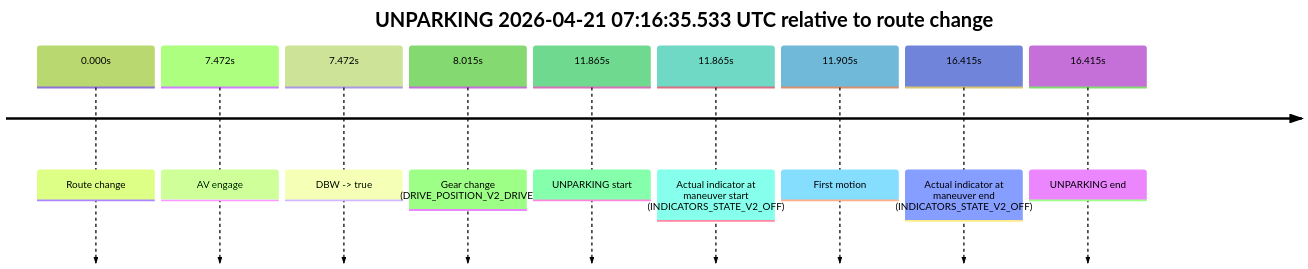
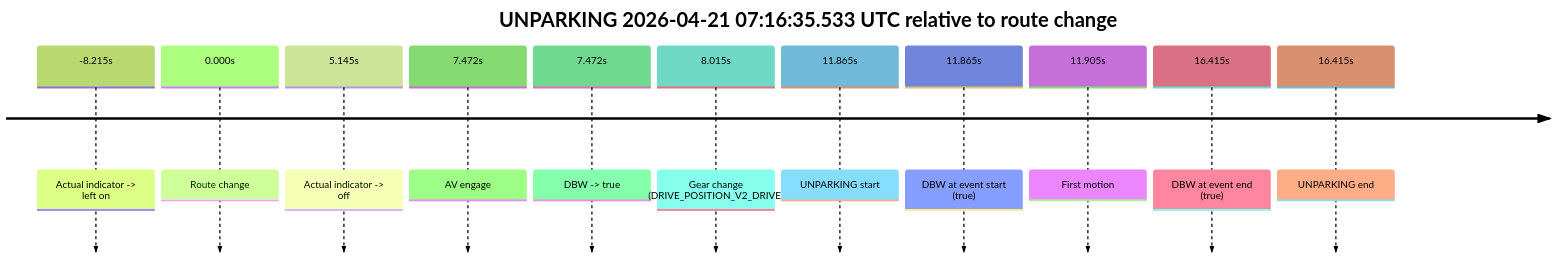
One commit to yoelshapiro/vault changed the diagram in model_analysis/report_cards/2026/04/Week-4/fme20002--2026-04-21--06-49-51--gen2-av-e640cf9d-119f-46f6-9a8f-f976f8e80979.md. Above: the diagram before and after it, drawn with Mermaid (forest theme). The commit also changed other lines of this file and 85 other files, not shown here.

````diff
--- a/model_analysis/report_cards/2026/04/Week-4/fme20002--2026-04-21--06-49-51--gen2-av-e640cf9d-119f-46f6-9a8f-f976f8e80979.md
+++ b/model_analysis/report_cards/2026/04/Week-4/fme20002--2026-04-21--06-49-51--gen2-av-e640cf9d-119f-46f6-9a8f-f976f8e80979.md
@@ -42,13 +44,15 @@
 ```mermaid
 timeline
     title UNPARKING 2026-04-21 07:16:35.533 UTC relative to route change
+    -8.215s : Actual indicator -> left on
     0.000s : Route change
+    5.145s : Actual indicator -> off
     7.472s : AV engage
     7.472s : DBW -> true
     8.015s : Gear change (DRIVE_POSITION_V2_DRIVE)
     11.865s : UNPARKING start
-    11.865s : Actual indicator at maneuver start (INDICATORS_STATE_V2_OFF)
+    11.865s : DBW at event start (true)
     11.905s : First motion
-    16.415s : Actual indicator at maneuver end (INDICATORS_STATE_V2_OFF)
+    16.415s : DBW at event end (true)
     16.415s : UNPARKING end
 ```
````
